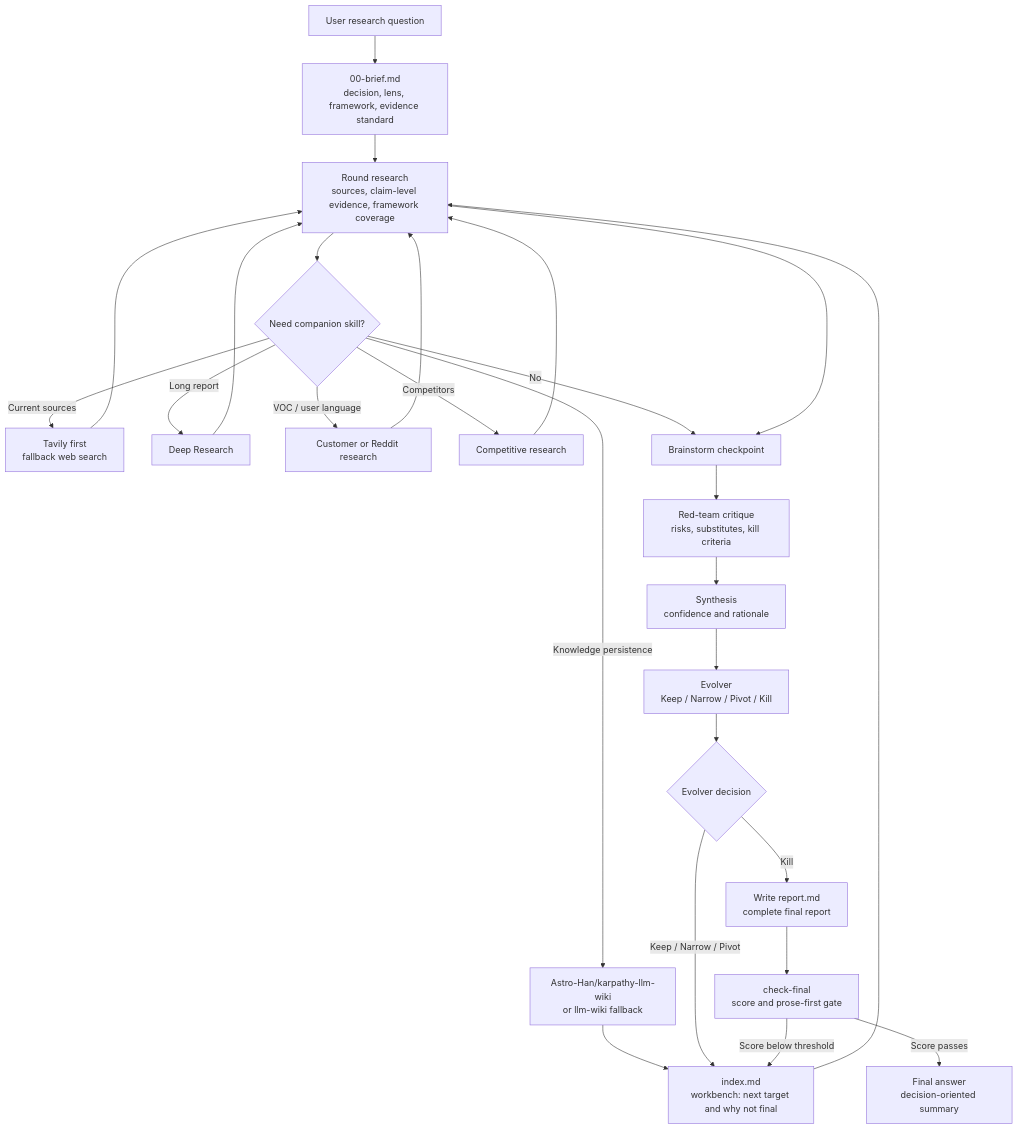
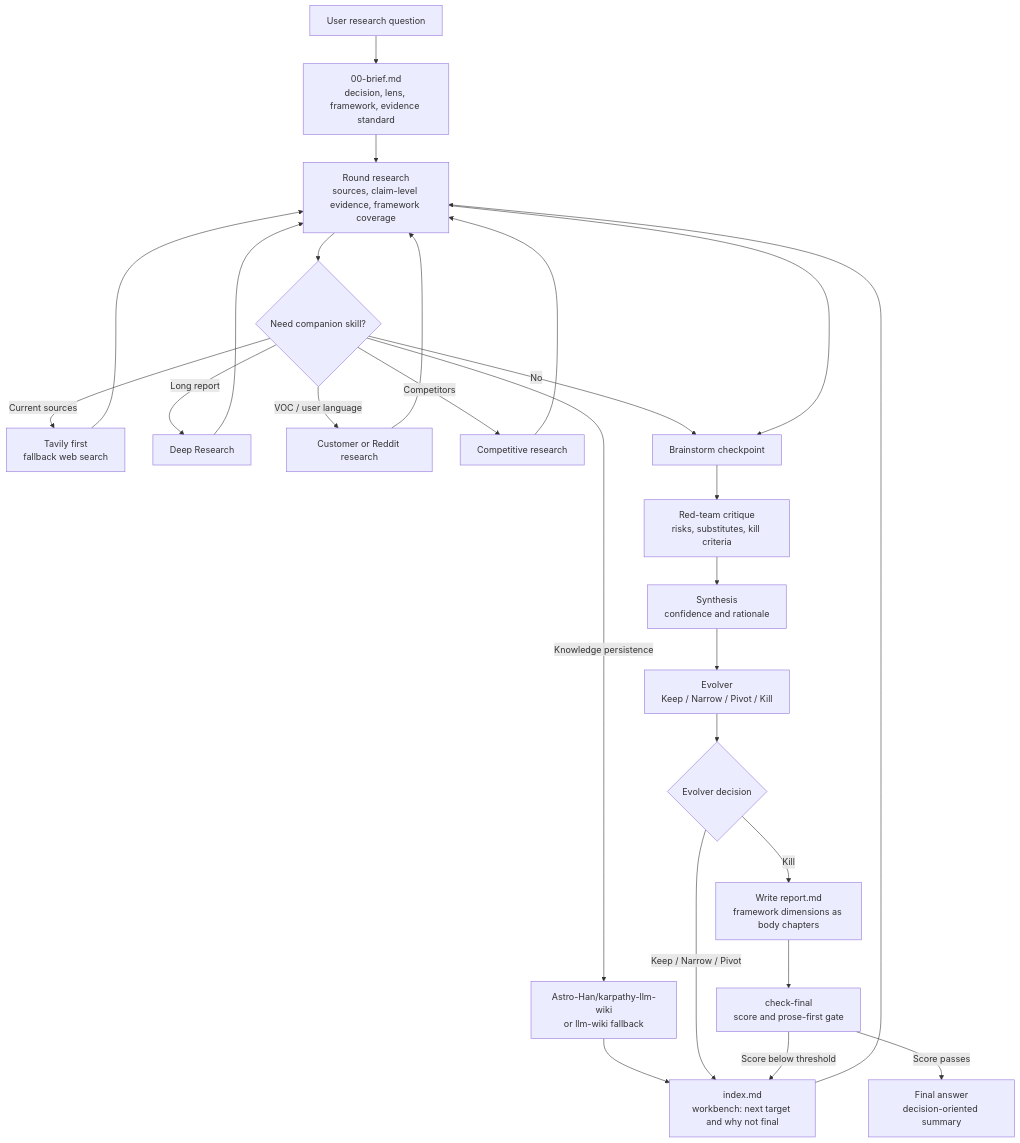
Before and after one commit to GoatGit/super-survey: the diagram in README.md, drawn with Mermaid. The commit also changed other lines of this file and 6 other files, not shown here.

````diff
--- a/README.md
+++ b/README.md
@@ -181,28 +186,28 @@
 ```mermaid
 flowchart TD
     A[User research question] --> B[00-brief.md<br/>decision, lens, framework, evidence standard]
     B --> C[Round research<br/>sources, claim-level evidence, framework coverage]
     C --> D{Need companion skill?}
     D -->|Current sources| D1[Tavily first<br/>fallback web search]
     D -->|Long report| D2[Deep Research]
     D -->|VOC / user language| D3[Customer or Reddit research]
     D -->|Competitors| D4[Competitive research]
     D -->|Knowledge persistence| D5[Astro-Han/karpathy-llm-wiki<br/>or llm-wiki fallback]
     D -->|No| E[Brainstorm checkpoint]
     D1 --> C
     D2 --> C
     D3 --> C
     D4 --> C
     D5 --> I[index.md]
     C --> E[Brainstorm checkpoint]
     E --> F[Red-team critique<br/>risks, substitutes, kill criteria]
     F --> G[Synthesis<br/>confidence and rationale]
     G --> H[Evolver<br/>Keep / Narrow / Pivot / Kill]
     H --> Q{Evolver decision}
     Q -->|Keep / Narrow / Pivot| I[index.md<br/>workbench: next target and why not final]
     I --> C
-    Q -->|Kill| J[Write report.md<br/>complete final report]
+    Q -->|Kill| J[Write report.md<br/>framework dimensions as body chapters]
     J --> R[check-final<br/>score and prose-first gate]
     R -->|Score below threshold| I
     R -->|Score passes| K[Final answer<br/>decision-oriented summary]
 ```
````
